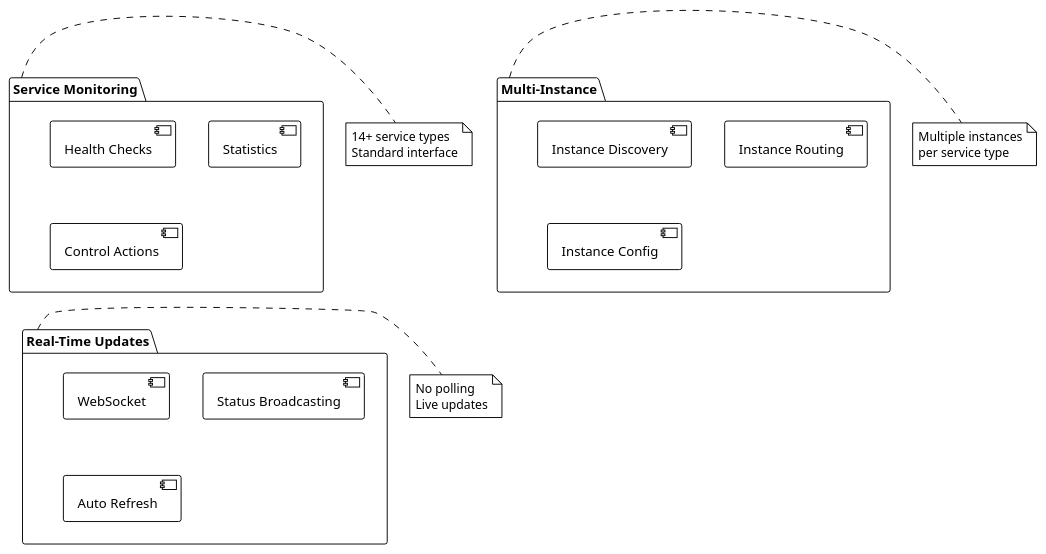
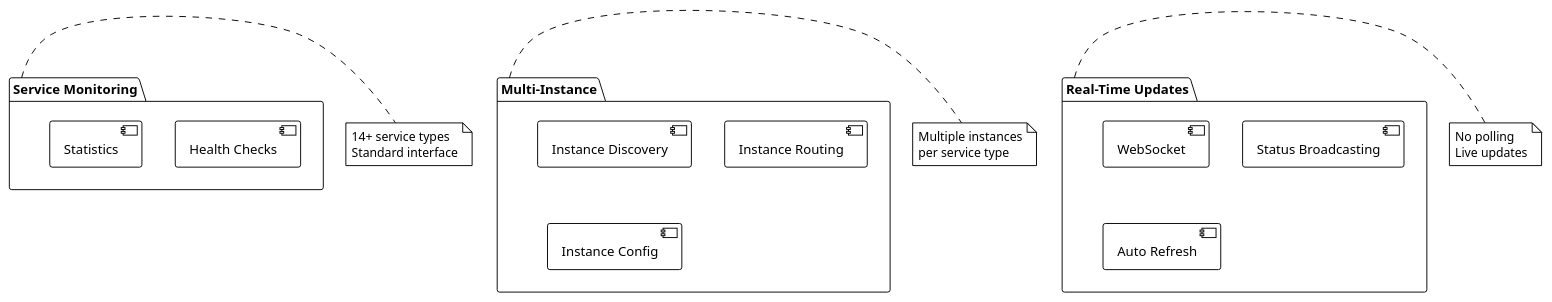
Before and after one commit to EraPartner/Watchman: the first of 2 diagrams in docs/features/index.md, drawn with PlantUML. The commit also changed other lines of this file and 9 other files, not shown here.

````diff
--- a/docs/features/index.md
+++ b/docs/features/index.md
@@ -42,38 +42,37 @@
 ```plantuml
 @startuml
 !theme plain
 
 package "Service Monitoring" as SM {
     [Health Checks]
     [Statistics]
-    [Control Actions]
 }
 
 package "Multi-Instance" as MI {
     [Instance Discovery]
     [Instance Routing]
     [Instance Config]
 }
 
 package "Real-Time Updates" as RT {
     [WebSocket]
     [Status Broadcasting]
     [Auto Refresh]
 }
 
 note right of SM
   14+ service types
   Standard interface
 end note
 
 note right of MI
   Multiple instances
   per service type
 end note
 
 note right of RT
   No polling
   Live updates
 end note
 @enduml
 ```
````
